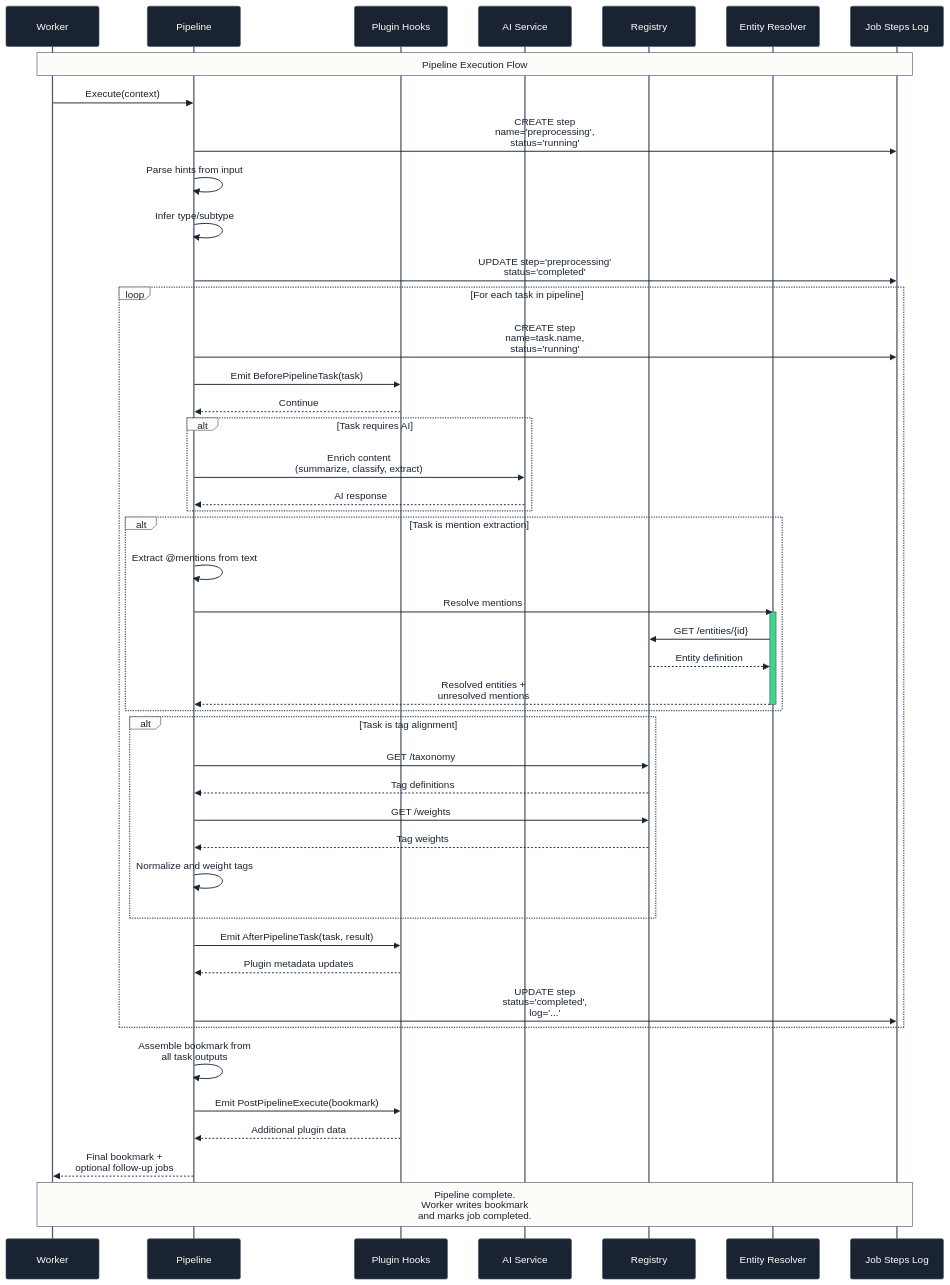
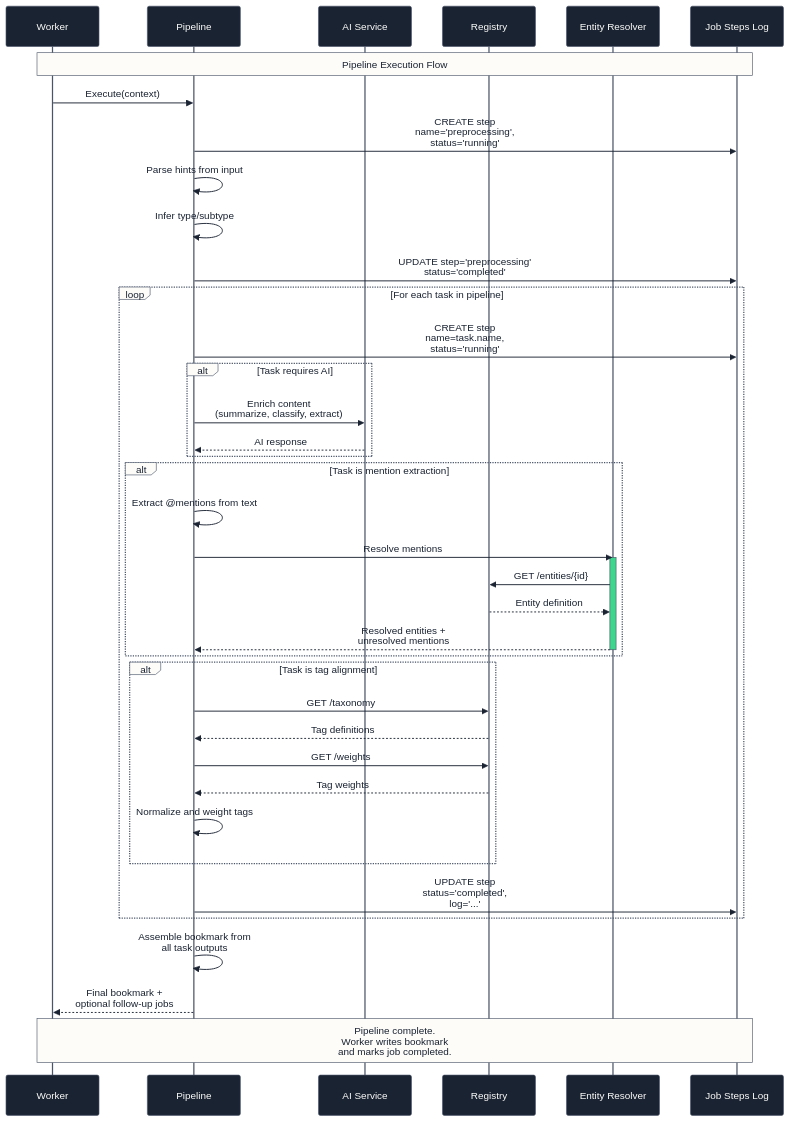
One commit to ContextHelp/ContextHelp changed the diagram in docs/ctxt/diagrams/pipeline-execution.mmd. Above: the diagram before and after it, drawn with Mermaid. The commit also changed 152 other files, not shown here.

```diff
--- a/docs/ctxt/diagrams/pipeline-execution.mmd
+++ b/docs/ctxt/diagrams/pipeline-execution.mmd
@@ -31,7 +31,6 @@
 sequenceDiagram
     participant Worker
     participant Pipeline
-    participant Plugins as Plugin Hooks
     participant AI as AI Service
     participant Registry
     participant EntityResolver as Entity Resolver
@@ -50,9 +49,6 @@
 
     loop For each task in pipeline
         Pipeline->>JobSteps: CREATE step<br/>name=task.name,<br/>status='running'
-
-        Pipeline->>Plugins: Emit BeforePipelineTask(task)
-        Plugins-->>Pipeline: Continue
 
         alt Task requires AI
             Pipeline->>AI: Enrich content<br/>(summarize, classify, extract)
@@ -77,17 +73,11 @@
             Pipeline->>Pipeline: Normalize and weight tags
         end
 
-        Pipeline->>Plugins: Emit AfterPipelineTask(task, result)
-        Plugins-->>Pipeline: Plugin metadata updates
-
         Pipeline->>JobSteps: UPDATE step<br/>status='completed',<br/>log='...'
     end
 
     Pipeline->>Pipeline: Assemble bookmark from<br/>all task outputs
 
-    Pipeline->>Plugins: Emit PostPipelineExecute(bookmark)
-    Plugins-->>Pipeline: Additional plugin data
-
     Pipeline-->>Worker: Final bookmark +<br/>optional follow-up jobs
 
     Note over Worker,JobSteps: Pipeline complete.<br/>Worker writes bookmark<br/>and marks job completed.
```
